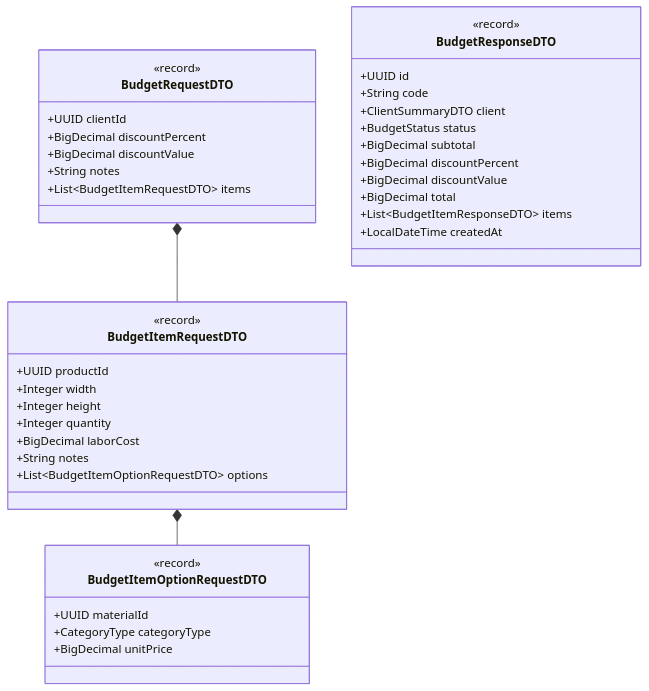
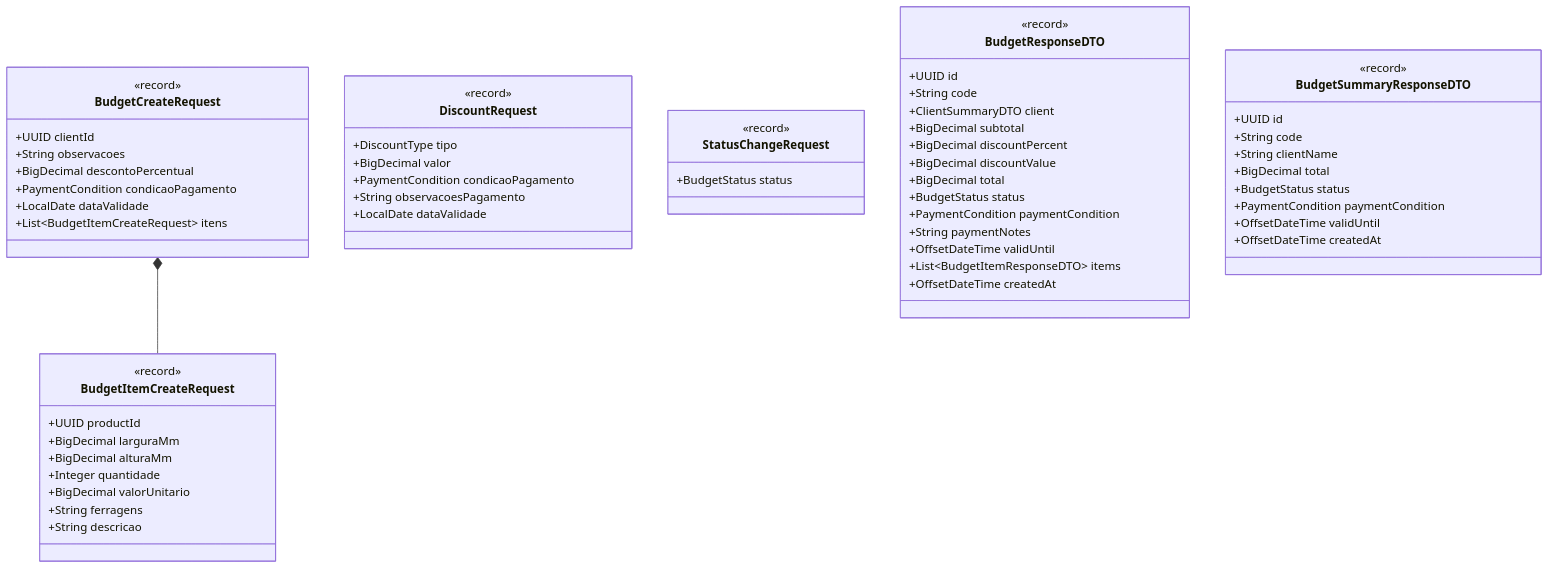
The fifth of 5 diagrams in docs/sistema/001-analise-projeto/DCC-Diagramas_de_Classes.md (ADS-IFPB-SR/alumigest), drawn with Mermaid before and after one commit. The commit also changed other lines of this file and 431 other files, not shown here.

````diff
--- a/docs/sistema/001-analise-projeto/DCC-Diagramas_de_Classes.md
+++ b/docs/sistema/001-analise-projeto/DCC-Diagramas_de_Classes.md
@@ -227,46 +382,68 @@
 ```mermaid
 classDiagram
-    class BudgetRequestDTO {
+    class BudgetCreateRequest {
         <<record>>
         +UUID clientId
-        +BigDecimal discountPercent
-        +BigDecimal discountValue
-        +String notes
-        +List~BudgetItemRequestDTO~ items
+        +String observacoes
+        +BigDecimal descontoPercentual
+        +PaymentCondition condicaoPagamento
+        +LocalDate dataValidade
+        +List~BudgetItemCreateRequest~ itens
     }
 
-    class BudgetItemRequestDTO {
+    class BudgetItemCreateRequest {
         <<record>>
         +UUID productId
-        +Integer width
-        +Integer height
-        +Integer quantity
-        +BigDecimal laborCost
-        +String notes
-        +List~BudgetItemOptionRequestDTO~ options
+        +BigDecimal larguraMm
+        +BigDecimal alturaMm
+        +Integer quantidade
+        +BigDecimal valorUnitario
+        +String ferragens
+        +String descricao
     }
 
-    class BudgetItemOptionRequestDTO {
+    class DiscountRequest {
         <<record>>
-        +UUID materialId
-        +CategoryType categoryType
-        +BigDecimal unitPrice
+        +DiscountType tipo
+        +BigDecimal valor
+        +PaymentCondition condicaoPagamento
+        +String observacoesPagamento
+        +LocalDate dataValidade
+    }
+
+    class StatusChangeRequest {
+        <<record>>
+        +BudgetStatus status
     }
 
     class BudgetResponseDTO {
         <<record>>
         +UUID id
         +String code
         +ClientSummaryDTO client
-        +BudgetStatus status
         +BigDecimal subtotal
         +BigDecimal discountPercent
         +BigDecimal discountValue
         +BigDecimal total
+        +BudgetStatus status
+        +PaymentCondition paymentCondition
+        +String paymentNotes
+        +OffsetDateTime validUntil
         +List~BudgetItemResponseDTO~ items
-        +LocalDateTime createdAt
+        +OffsetDateTime createdAt
     }
 
-    BudgetRequestDTO *-- BudgetItemRequestDTO
-    BudgetItemRequestDTO *-- BudgetItemOptionRequestDTO
+    class BudgetSummaryResponseDTO {
+        <<record>>
+        +UUID id
+        +String code
+        +String clientName
+        +BigDecimal total
+        +BudgetStatus status
+        +PaymentCondition paymentCondition
+        +OffsetDateTime validUntil
+        +OffsetDateTime createdAt
+    }
+
+    BudgetCreateRequest *-- BudgetItemCreateRequest
 ```
````
